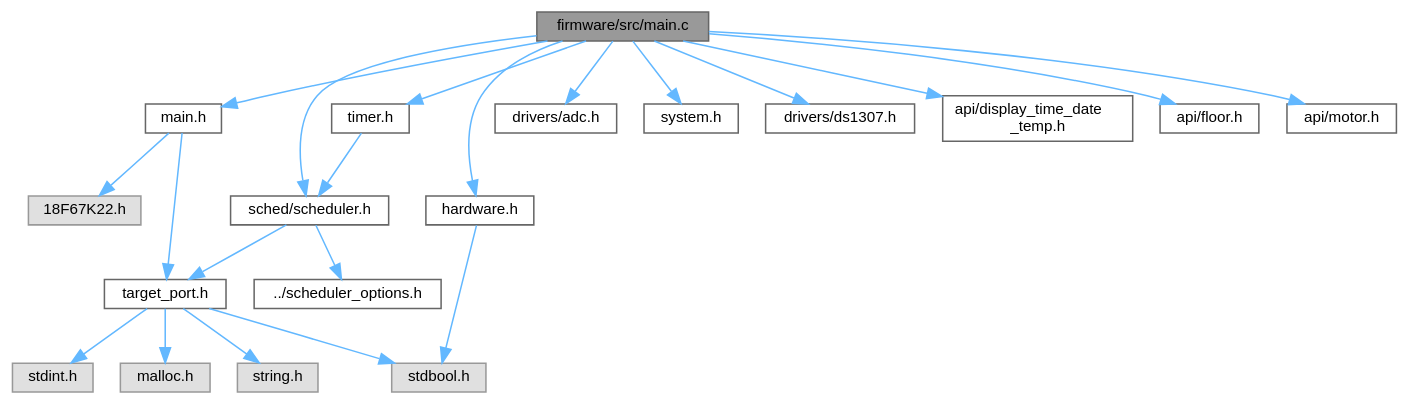
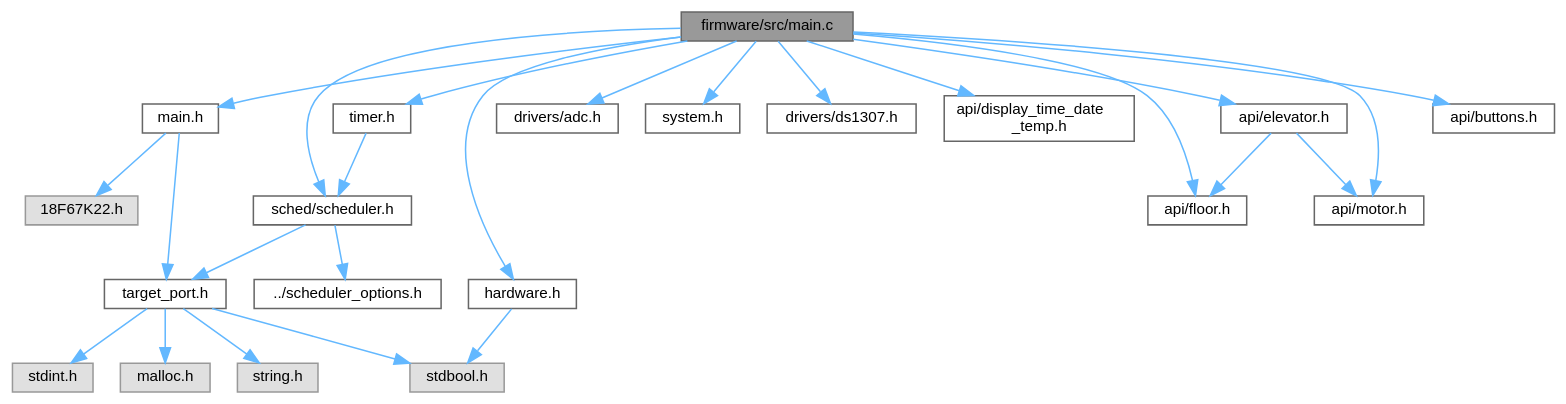
The diagram in dev/main_8c__incl.dot (Ghaadyy/elevator-controller), drawn with Graphviz before and after one commit. The commit also changed 228 other files, not shown here.

```diff
--- a/dev/main_8c__incl.dot
+++ b/dev/main_8c__incl.dot
@@ -1,45 +1,51 @@
 digraph "firmware/src/main.c"
 {
  // LATEX_PDF_SIZE
   bgcolor="transparent";
   edge [fontname=Helvetica,fontsize=10,labelfontname=Helvetica,labelfontsize=10];
   node [fontname=Helvetica,fontsize=10,shape=box,height=0.2,width=0.4];
   Node1 [id="Node000001",label="firmware/src/main.c",height=0.2,width=0.4,color="gray40", fillcolor="grey60", style="filled", fontcolor="black",tooltip=" "];
   Node1 -> Node2 [id="edge1_Node000001_Node000002",color="steelblue1",style="solid",tooltip=" "];
   Node2 [id="Node000002",label="main.h",height=0.2,width=0.4,color="grey40", fillcolor="white", style="filled",URL="$main_8h.html",tooltip=" "];
   Node2 -> Node3 [id="edge2_Node000002_Node000003",color="steelblue1",style="solid",tooltip=" "];
   Node3 [id="Node000003",label="18F67K22.h",height=0.2,width=0.4,color="grey60", fillcolor="#E0E0E0", style="filled",tooltip=" "];
   Node2 -> Node4 [id="edge3_Node000002_Node000004",color="steelblue1",style="solid",tooltip=" "];
   Node4 [id="Node000004",label="target_port.h",height=0.2,width=0.4,color="grey40", fillcolor="white", style="filled",URL="$target__port_8h.html",tooltip=" "];
   Node4 -> Node5 [id="edge4_Node000004_Node000005",color="steelblue1",style="solid",tooltip=" "];
   Node5 [id="Node000005",label="stdbool.h",height=0.2,width=0.4,color="grey60", fillcolor="#E0E0E0", style="filled",tooltip=" "];
   Node4 -> Node6 [id="edge5_Node000004_Node000006",color="steelblue1",style="solid",tooltip=" "];
   Node6 [id="Node000006",label="stdint.h",height=0.2,width=0.4,color="grey60", fillcolor="#E0E0E0", style="filled",tooltip=" "];
   Node4 -> Node7 [id="edge6_Node000004_Node000007",color="steelblue1",style="solid",tooltip=" "];
   Node7 [id="Node000007",label="malloc.h",height=0.2,width=0.4,color="grey60", fillcolor="#E0E0E0", style="filled",tooltip=" "];
   Node4 -> Node8 [id="edge7_Node000004_Node000008",color="steelblue1",style="solid",tooltip=" "];
   Node8 [id="Node000008",label="string.h",height=0.2,width=0.4,color="grey60", fillcolor="#E0E0E0", style="filled",tooltip=" "];
   Node1 -> Node9 [id="edge8_Node000001_Node000009",color="steelblue1",style="solid",tooltip=" "];
   Node9 [id="Node000009",label="drivers/adc.h",height=0.2,width=0.4,color="grey40", fillcolor="white", style="filled",URL="$adc_8h.html",tooltip=" "];
   Node1 -> Node10 [id="edge9_Node000001_Node000010",color="steelblue1",style="solid",tooltip=" "];
   Node10 [id="Node000010",label="hardware.h",height=0.2,width=0.4,color="grey40", fillcolor="white", style="filled",URL="$hardware_8h.html",tooltip=" "];
   Node10 -> Node5 [id="edge10_Node000010_Node000005",color="steelblue1",style="solid",tooltip=" "];
   Node1 -> Node11 [id="edge11_Node000001_Node000011",color="steelblue1",style="solid",tooltip=" "];
   Node11 [id="Node000011",label="sched/scheduler.h",height=0.2,width=0.4,color="grey40", fillcolor="white", style="filled",URL="$scheduler_8h.html",tooltip=" "];
   Node11 -> Node12 [id="edge12_Node000011_Node000012",color="steelblue1",style="solid",tooltip=" "];
   Node12 [id="Node000012",label="../scheduler_options.h",height=0.2,width=0.4,color="grey40", fillcolor="white", style="filled",URL="$scheduler__options_8h.html",tooltip=" "];
   Node11 -> Node4 [id="edge13_Node000011_Node000004",color="steelblue1",style="solid",tooltip=" "];
   Node1 -> Node13 [id="edge14_Node000001_Node000013",color="steelblue1",style="solid",tooltip=" "];
   Node13 [id="Node000013",label="system.h",height=0.2,width=0.4,color="grey40", fillcolor="white", style="filled",URL="$system_8h.html",tooltip=" "];
   Node1 -> Node14 [id="edge15_Node000001_Node000014",color="steelblue1",style="solid",tooltip=" "];
   Node14 [id="Node000014",label="timer.h",height=0.2,width=0.4,color="grey40", fillcolor="white", style="filled",URL="$timer_8h.html",tooltip=" "];
   Node14 -> Node11 [id="edge16_Node000014_Node000011",color="steelblue1",style="solid",tooltip=" "];
   Node1 -> Node15 [id="edge17_Node000001_Node000015",color="steelblue1",style="solid",tooltip=" "];
   Node15 [id="Node000015",label="drivers/ds1307.h",height=0.2,width=0.4,color="grey40", fillcolor="white", style="filled",URL="$ds1307_8h.html",tooltip=" "];
   Node1 -> Node16 [id="edge18_Node000001_Node000016",color="steelblue1",style="solid",tooltip=" "];
   Node16 [id="Node000016",label="api/display_time_date\l_temp.h",height=0.2,width=0.4,color="grey40", fillcolor="white", style="filled",URL="$display__time__date__temp_8h.html",tooltip=" "];
   Node1 -> Node17 [id="edge19_Node000001_Node000017",color="steelblue1",style="solid",tooltip=" "];
   Node17 [id="Node000017",label="api/floor.h",height=0.2,width=0.4,color="grey40", fillcolor="white", style="filled",URL="$floor_8h.html",tooltip="The API to access the elevator's floor state."];
   Node1 -> Node18 [id="edge20_Node000001_Node000018",color="steelblue1",style="solid",tooltip=" "];
   Node18 [id="Node000018",label="api/motor.h",height=0.2,width=0.4,color="grey40", fillcolor="white", style="filled",URL="$motor_8h.html",tooltip=" "];
+  Node1 -> Node19 [id="edge21_Node000001_Node000019",color="steelblue1",style="solid",tooltip=" "];
+  Node19 [id="Node000019",label="api/elevator.h",height=0.2,width=0.4,color="grey40", fillcolor="white", style="filled",URL="$elevator_8h.html",tooltip="The elevator scheduler API."];
+  Node19 -> Node17 [id="edge22_Node000019_Node000017",color="steelblue1",style="solid",tooltip=" "];
+  Node19 -> Node18 [id="edge23_Node000019_Node000018",color="steelblue1",style="solid",tooltip=" "];
+  Node1 -> Node20 [id="edge24_Node000001_Node000020",color="steelblue1",style="solid",tooltip=" "];
+  Node20 [id="Node000020",label="api/buttons.h",height=0.2,width=0.4,color="grey40", fillcolor="white", style="filled",URL="$buttons_8h.html",tooltip=" "];
 }
```
